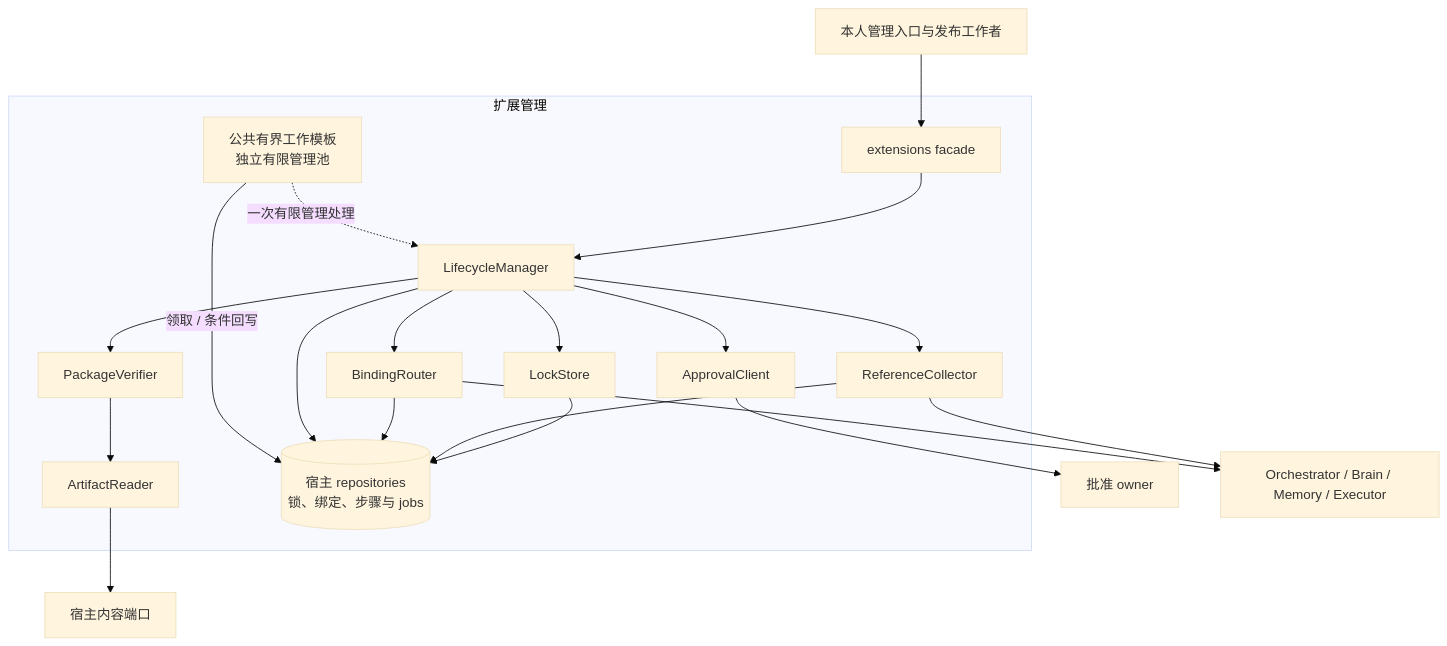
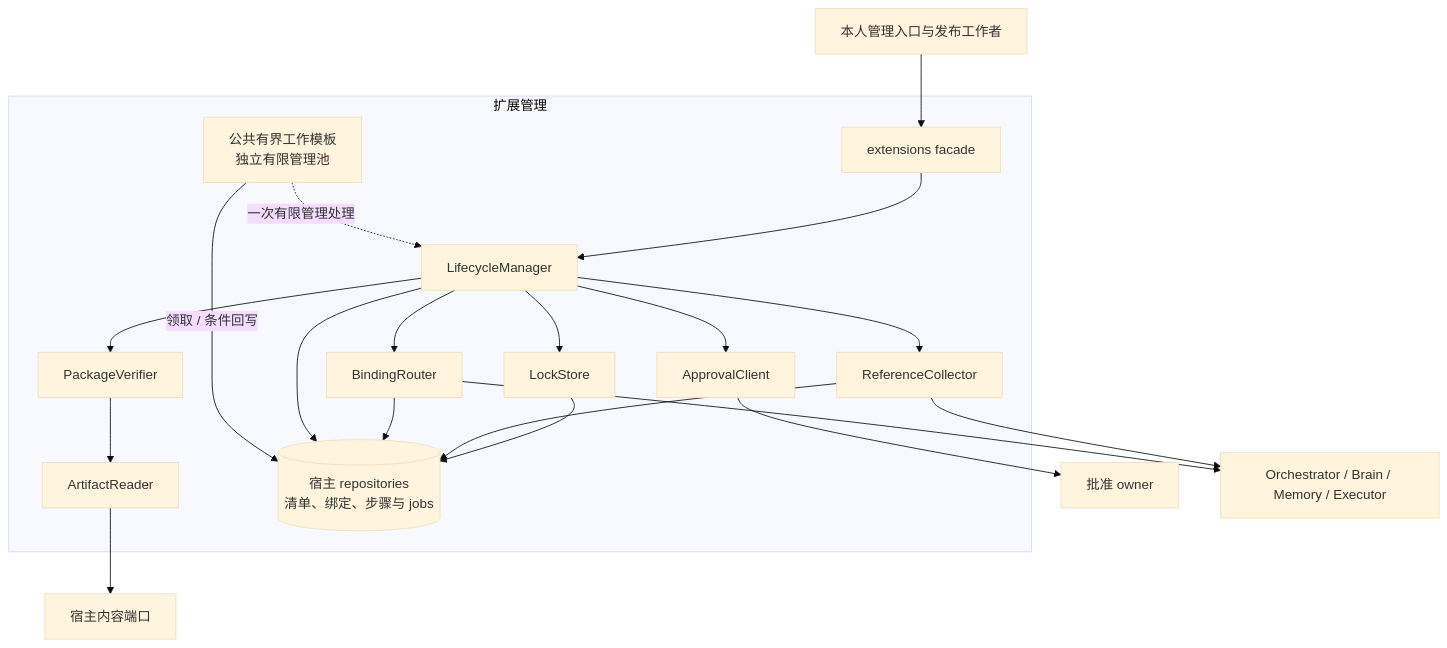
One commit to ruipengliu/lerna changed the first of 4 diagrams in docs/architecture/extensions/implementation.md. Above: the diagram before and after it, drawn with Mermaid (base theme). The commit also changed other lines of this file and 205 other files, not shown here.

Commit message:
docs: unify architecture terminology

````diff
--- a/docs/architecture/extensions/implementation.md
+++ b/docs/architecture/extensions/implementation.md
@@ -38,36 +38,36 @@
 ```mermaid
 flowchart TB
     Caller[本人管理入口与发布工作者]
     Content[宿主内容端口]
     Approval[批准 owner]
     Domain[Orchestrator / Brain / Memory / Executor]
     subgraph Extension[扩展管理]
       F[extensions facade]
       M[LifecycleManager]
       V[PackageVerifier]
       A[ArtifactReader]
       L[LockStore]
       R[ReferenceCollector]
       P[ApprovalClient]
       B[BindingRouter]
-      S[(宿主 repositories<br/>锁、绑定、步骤与 jobs)]
+      S[(宿主 repositories<br/>清单、绑定、步骤与 jobs)]
       F --> M
       M --> V
       V --> A
       M --> L
       M --> R
       M --> P
       M --> B
       L --> S
       R --> S
       B --> S
       M --> S
       J[公共有界工作模板<br/>独立有限管理池] -->|领取 / 条件回写| S
       J -.->|一次有限管理处理| M
     end
     Caller --> F
     A --> Content
     P --> Approval
     R --> Domain
     B --> Domain
 ```
````
